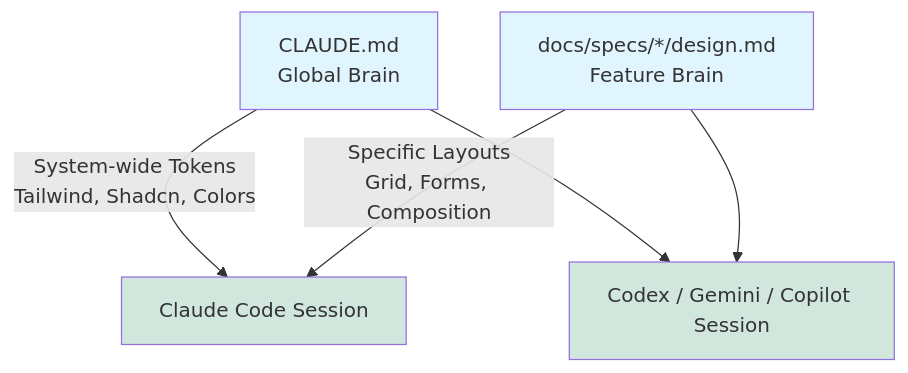
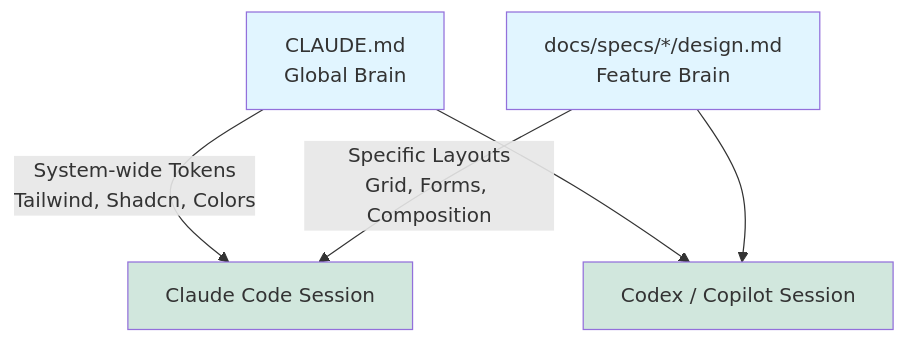
One commit to AgenticFlowX/afx changed the fourth of 6 diagrams in docs/agenticflowx/agenticflowx.md. Above: the diagram before and after it, drawn with Mermaid. The commit also changed other lines of this file and 17 other files, not shown here.

````diff
--- a/docs/agenticflowx/agenticflowx.md
+++ b/docs/agenticflowx/agenticflowx.md
@@ -199,12 +198,12 @@
 ```mermaid
 graph TD
     A[CLAUDE.md<br/>Global Brain] -->|System-wide Tokens<br/>Tailwind, Shadcn, Colors| C[Claude Code Session]
     B[docs/specs/*/design.md<br/>Feature Brain] -->|Specific Layouts<br/>Grid, Forms, Composition| C
-    A --> D[Codex / Gemini / Copilot Session]
+    A --> D[Codex / Copilot Session]
     B --> D
 
     style A fill:#e1f5ff
     style B fill:#e1f5ff
     style C fill:#d1e7dd
     style D fill:#d1e7dd
 ```
````
